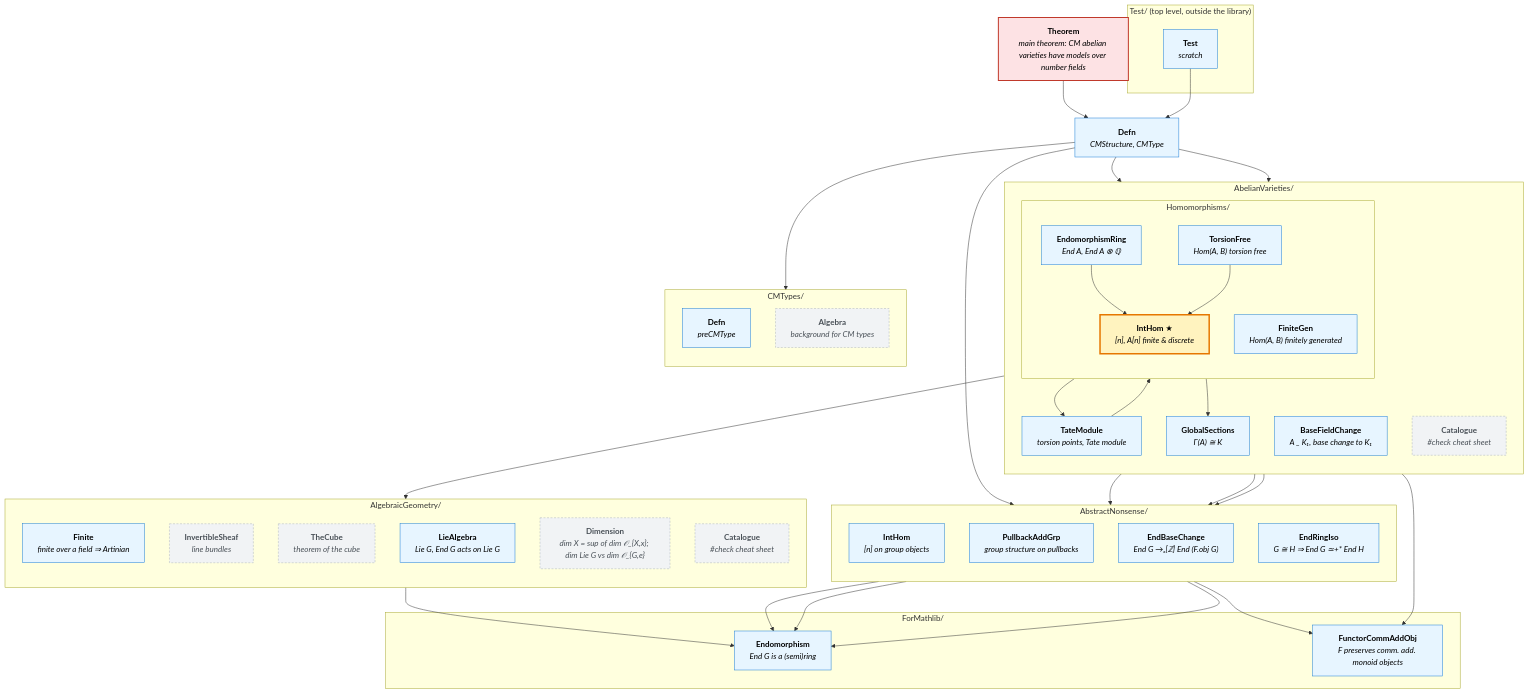
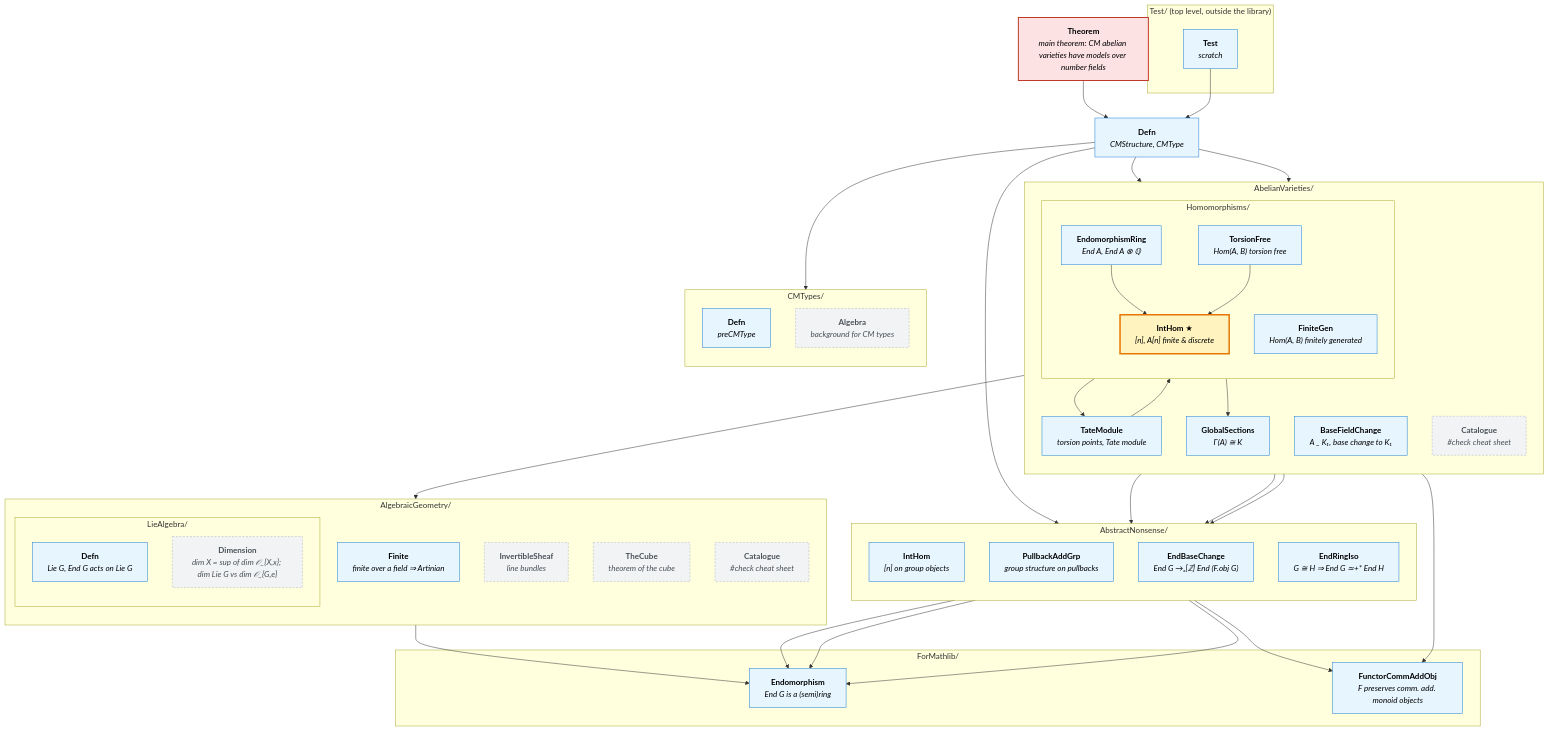
Before and after one commit to abhijitaj1997/CMAbelianVarieties: the diagram in MindMap.md, drawn with Mermaid. The commit also changed 5 other files, not shown here.

```diff
--- a/MindMap.md
+++ b/MindMap.md
@@ -43,8 +43,10 @@
     Finite["<b>Finite</b><br/><i>finite over a field ⇒ Artinian</i>"]
     InvertibleSheaf["<b>InvertibleSheaf</b><br/><i>line bundles</i>"]
     TheCube["<b>TheCube</b><br/><i>theorem of the cube</i>"]
-    LieAlgebra["<b>LieAlgebra</b><br/><i>Lie G, End G acts on Lie G</i>"]
-    Dimension["<b>Dimension</b><br/><i>dim X = sup of dim 𝒪_{X,x}; dim Lie G vs dim 𝒪_{G,e}</i>"]
+    subgraph LIE["LieAlgebra/"]
+      LieAlgebra["<b>Defn</b><br/><i>Lie G, End G acts on Lie G</i>"]
+      Dimension["<b>Dimension</b><br/><i>dim X = sup of dim 𝒪_{X,x}; dim Lie G vs dim 𝒪_{G,e}</i>"]
+    end
     AGCatalogue["<b>Catalogue</b><br/><i>#check cheat sheet</i>"]
   end
 
```
